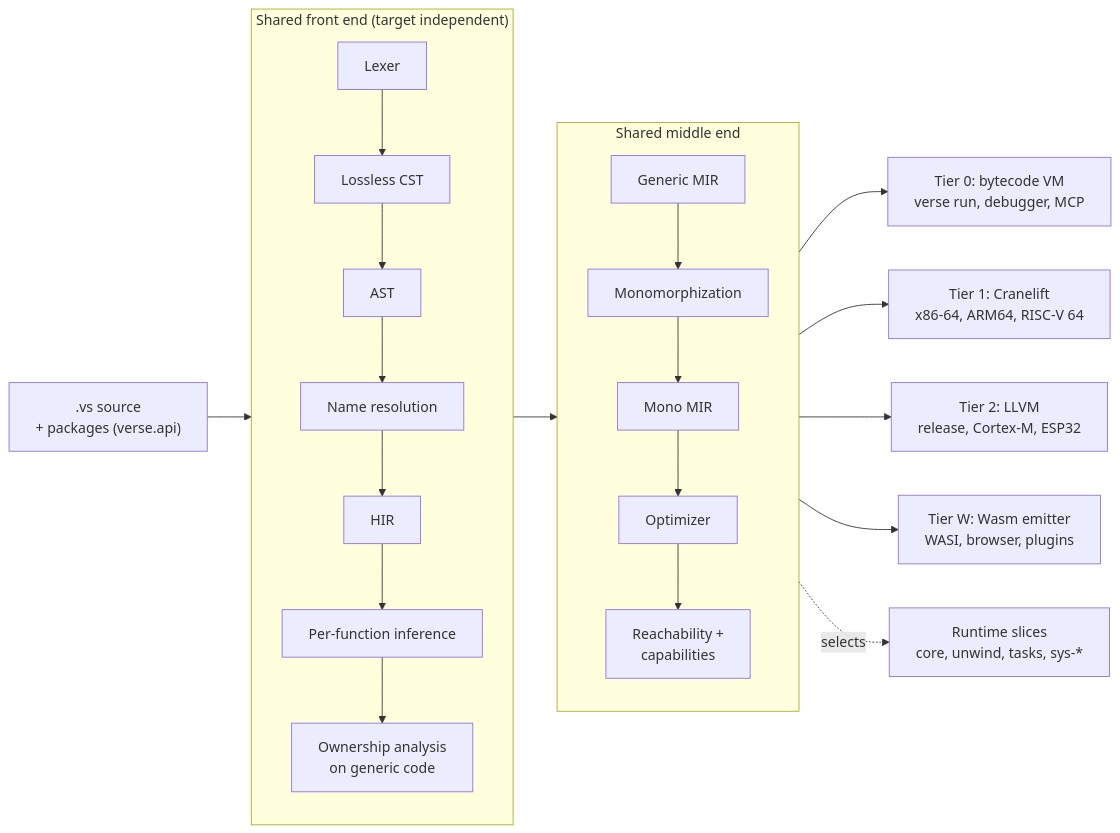
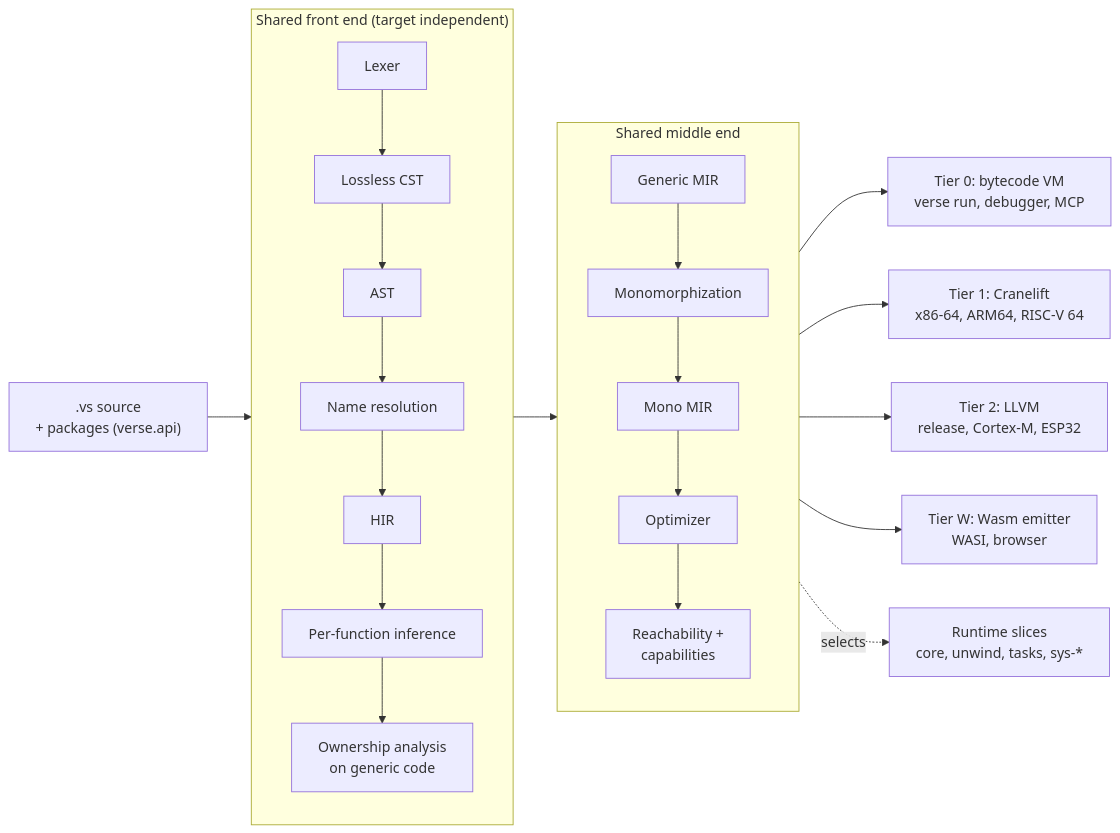
Before and after one commit to orafaelfragoso/verse: the diagram in docs/architecture/overview.md, drawn with Mermaid. The commit also changed other lines of this file and 30 other files, not shown here.

````diff
--- a/docs/architecture/overview.md
+++ b/docs/architecture/overview.md
@@ -34,25 +34,25 @@
 ```mermaid
 flowchart LR
     SRC[".vs source<br/>+ packages (verse.api)"] --> FE
 
     subgraph FE["Shared front end (target independent)"]
         direction TB
         LEX["Lexer"] --> CST["Lossless CST"] --> AST["AST"]
         AST --> RES["Name resolution"] --> HIR["HIR"]
         HIR --> INF["Per-function inference"] --> OWN["Ownership analysis<br/>on generic code"]
     end
 
     FE --> ME
 
     subgraph ME["Shared middle end"]
         direction TB
         GMIR["Generic MIR"] --> MONO["Monomorphization"] --> MMIR["Mono MIR"]
         MMIR --> OPT["Optimizer"] --> REACH["Reachability +<br/>capabilities"]
     end
 
     REACH --> T0["Tier 0: bytecode VM<br/>verse run, debugger, MCP"]
     REACH --> T1["Tier 1: Cranelift<br/>x86-64, ARM64, RISC-V 64"]
     REACH --> T2["Tier 2: LLVM<br/>release, Cortex-M, ESP32"]
-    REACH --> TW["Tier W: Wasm emitter<br/>WASI, browser, plugins"]
+    REACH --> TW["Tier W: Wasm emitter<br/>WASI, browser"]
     REACH -. selects .-> RT["Runtime slices<br/>core, unwind, tasks, sys-*"]
 ```
````
